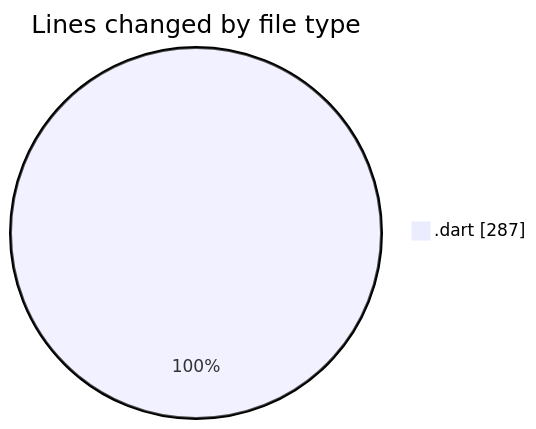
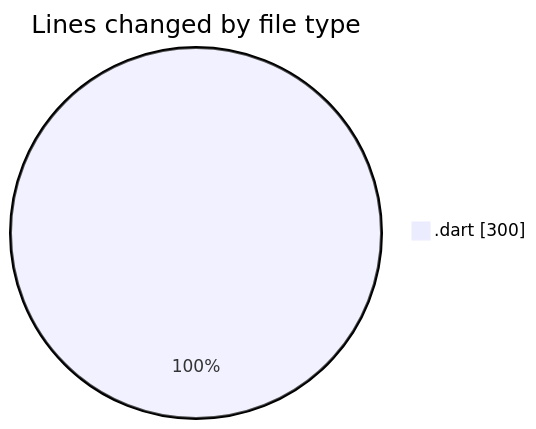
The first of 2 diagrams in 2025-01-24/trackers_app/README.md (donsfak/code-tracking), drawn with Mermaid before and after one commit. The commit also changed other lines of this file and 1 other file, not shown here.

````diff
--- a/2025-01-24/trackers_app/README.md
+++ b/2025-01-24/trackers_app/README.md
@@ -22,5 +22,5 @@
 ```mermaid
 pie showData
 title Lines changed by file type
-".dart" : 287
+".dart" : 300
 ```
````
